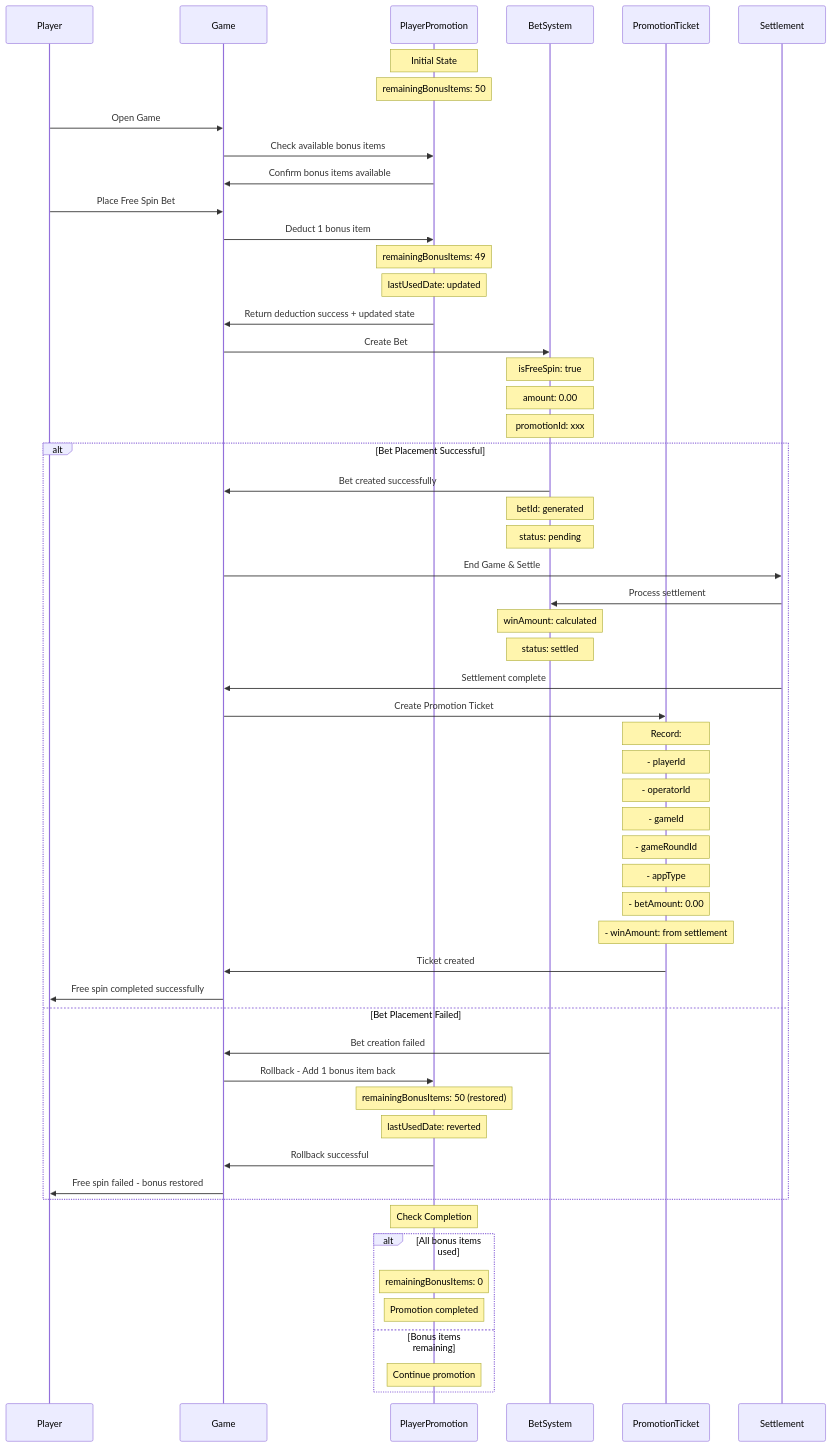
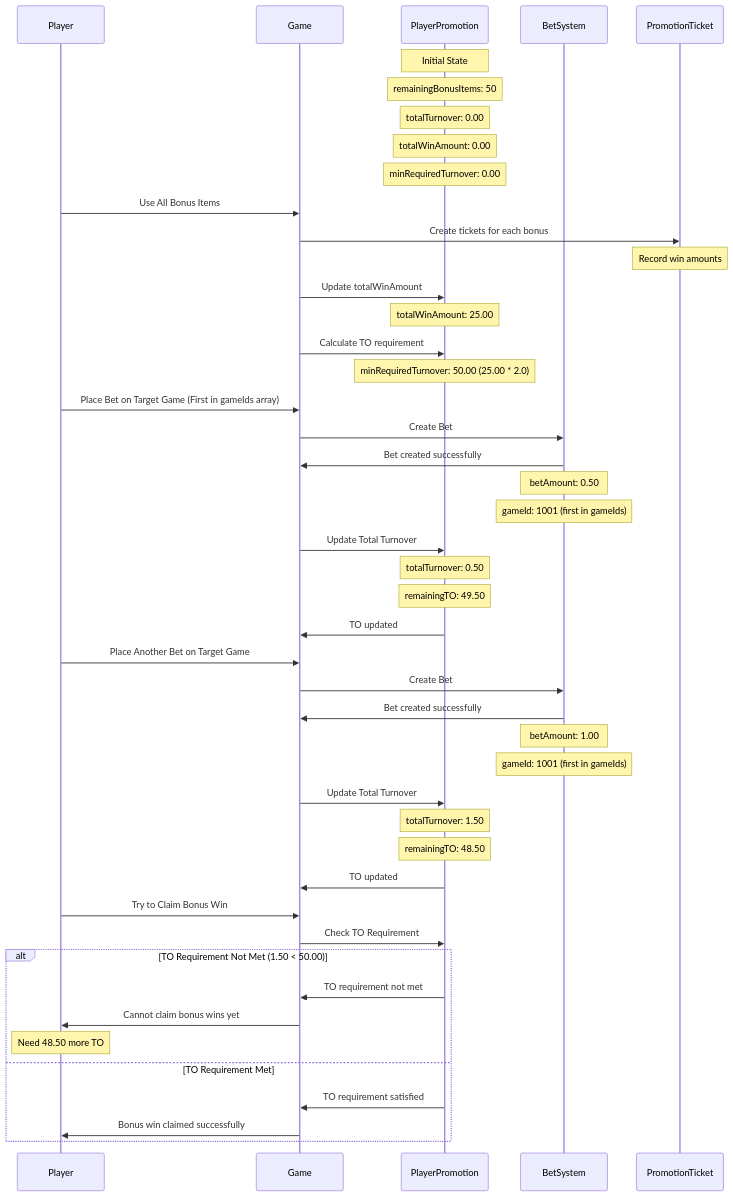
The second of 3 diagrams in diagrams/data-models/FreeSpinFlow.md (starixvn/l1_backend-services_game-promotion-api), drawn with Mermaid before and after one commit. The commit also changed other lines of this file and 3 other files, not shown here.

Commit message:
doc: add MinTurnoverMultiplier requirement

````diff
--- a/diagrams/data-models/FreeSpinFlow.md
+++ b/diagrams/data-models/FreeSpinFlow.md
@@ -51,76 +78,55 @@
 ```mermaid
 sequenceDiagram
     participant Player
     participant Game
     participant PP as PlayerPromotion
     participant B as BetSystem
     participant PT as PromotionTicket
-    participant S as Settlement
 
     Note over PP: Initial State
     Note over PP: remainingBonusItems: 50
+    Note over PP: totalTurnover: 0.00
+    Note over PP: totalWinAmount: 0.00
+    Note over PP: minRequiredTurnover: 0.00
 
-    Player->>Game: Open Game
-    Game->>PP: Check available bonus items
-    PP->>Game: Confirm bonus items available
+    Player->>Game: Use All Bonus Items
+    Game->>PT: Create tickets for each bonus
+    Note over PT: Record win amounts
+    Game->>PP: Update totalWinAmount
+    Note over PP: totalWinAmount: 25.00
+    Game->>PP: Calculate TO requirement
+    Note over PP: minRequiredTurnover: 50.00 (25.00 * 2.0)
 
-    Player->>Game: Place Free Spin Bet
+    Player->>Game: Place Bet on Target Game (First in gameIds array)
+    Game->>B: Create Bet
+    B->>Game: Bet created successfully
+    Note over B: betAmount: 0.50
+    Note over B: gameId: 1001 (first in gameIds)
 
-    %% Step 1: Deduct free spin BEFORE placing bet
-    Game->>PP: Deduct 1 bonus item
-    Note over PP: remainingBonusItems: 49
-    Note over PP: lastUsedDate: updated
-    PP->>Game: Return deduction success + updated state
+    Game->>PP: Update Total Turnover
+    Note over PP: totalTurnover: 0.50
+    Note over PP: remainingTO: 49.50
+    PP->>Game: TO updated
 
-    %% Step 2: Attempt to place bet
+    Player->>Game: Place Another Bet on Target Game
     Game->>B: Create Bet
-    Note over B: isFreeSpin: true
-    Note over B: amount: 0.00
-    Note over B: promotionId: xxx
+    B->>Game: Bet created successfully
+    Note over B: betAmount: 1.00
+    Note over B: gameId: 1001 (first in gameIds)
 
-    alt Bet Placement Successful
-        B->>Game: Bet created successfully
-        Note over B: betId: generated
-        Note over B: status: pending
+    Game->>PP: Update Total Turnover
+    Note over PP: totalTurnover: 1.50
+    Note over PP: remainingTO: 48.50
+    PP->>Game: TO updated
 
-        %% Step 3: End game and settle
-        Game->>S: End Game & Settle
-        S->>B: Process settlement
-        Note over B: winAmount: calculated
-        Note over B: status: settled
-        S->>Game: Settlement complete
-
-        %% Step 4: Create promotion ticket (regardless of win/loss)
-        Game->>PT: Create Promotion Ticket
-        Note over PT: Record:
-        Note over PT: - playerId
-        Note over PT: - operatorId
-        Note over PT: - gameId
-        Note over PT: - gameRoundId
-        Note over PT: - appType
-        Note over PT: - betAmount: 0.00
-        Note over PT: - winAmount: from settlement
-        PT->>Game: Ticket created
-
-        Game->>Player: Free spin completed successfully
-
-    else Bet Placement Failed
-        B->>Game: Bet creation failed
-
-        %% Step 2b: Rollback deduction
-        Game->>PP: Rollback - Add 1 bonus item back
-        Note over PP: remainingBonusItems: 50 (restored)
-        Note over PP: lastUsedDate: reverted
-        PP->>Game: Rollback successful
-
-        Game->>Player: Free spin failed - bonus restored
-    end
-
-    Note over PP: Check Completion
-    alt All bonus items used
-        Note over PP: remainingBonusItems: 0
-        Note over PP: Promotion completed
-    else Bonus items remaining
-        Note over PP: Continue promotion
+    Player->>Game: Try to Claim Bonus Win
+    Game->>PP: Check TO Requirement
+    alt TO Requirement Not Met (1.50 < 50.00)
+        PP->>Game: TO requirement not met
+        Game->>Player: Cannot claim bonus wins yet
+        Note over Player: Need 48.50 more TO
+    else TO Requirement Met
+        PP->>Game: TO requirement satisfied
+        Game->>Player: Bonus win claimed successfully
     end
 ```
````
